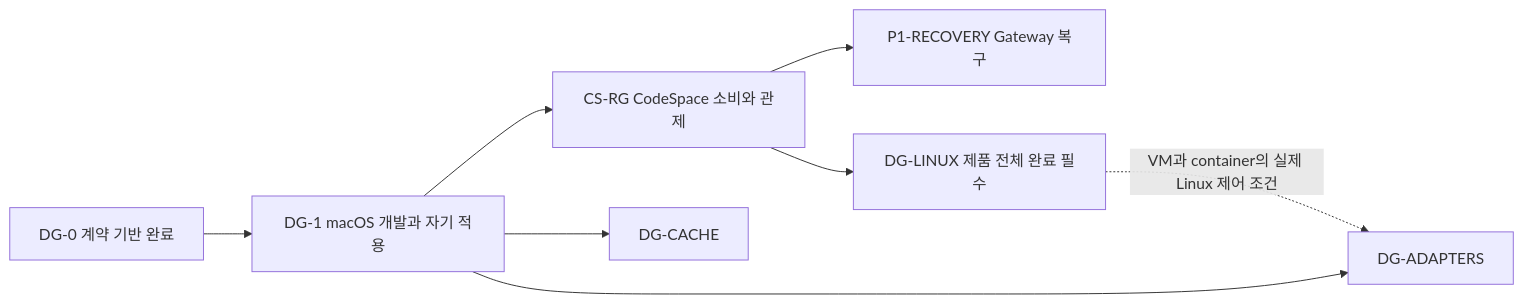
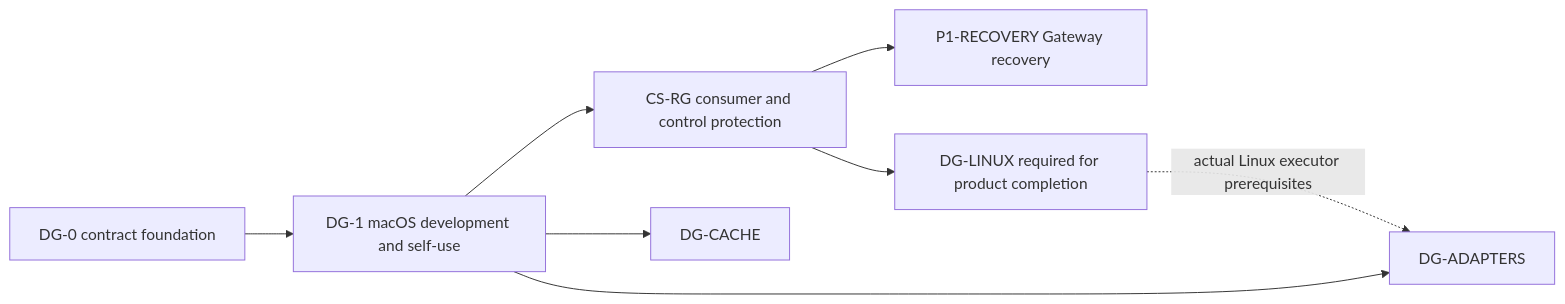
The diagram in docs/planning/README.md (novelKR/DevGuard), drawn with Mermaid before and after one commit. The commit also changed other lines of this file and 35 other files, not shown here.

````diff
--- a/docs/planning/README.md
+++ b/docs/planning/README.md
@@ -23,10 +22,10 @@
 ```mermaid
 flowchart LR
-    DG0[DG-0 계약 기반 완료] --> DG1[DG-1 macOS 개발과 자기 적용]
-    DG1 --> CS[CS-RG CodeSpace 소비와 관제]
-    CS --> P1[P1-RECOVERY Gateway 복구]
-    CS --> L[DG-LINUX 제품 전체 완료 필수]
+    DG0[DG-0 contract foundation] --> DG1[DG-1 macOS development and self-use]
+    DG1 --> CS[CS-RG consumer and control protection]
+    CS --> P1[P1-RECOVERY Gateway recovery]
+    CS --> L[DG-LINUX required for product completion]
     DG1 --> C[DG-CACHE]
     DG1 --> A[DG-ADAPTERS]
-    L -. VM과 container의 실제 Linux 제어 조건 .-> A
+    L -. actual Linux executor prerequisites .-> A
 ```
````
